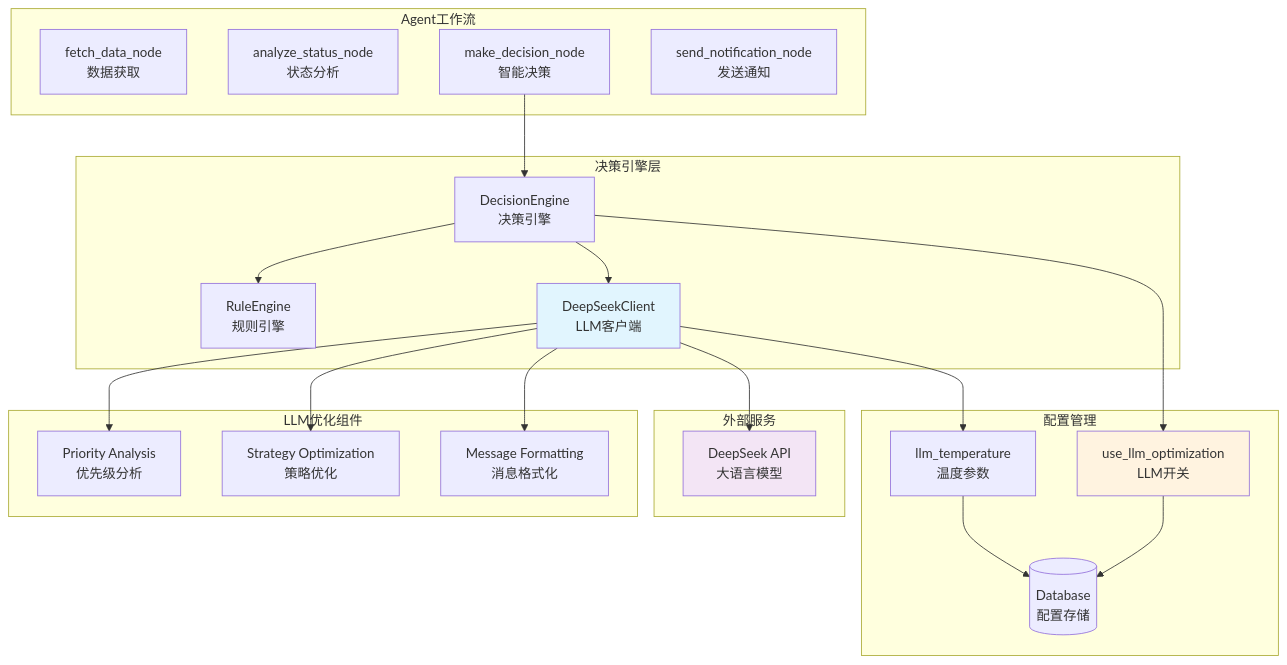
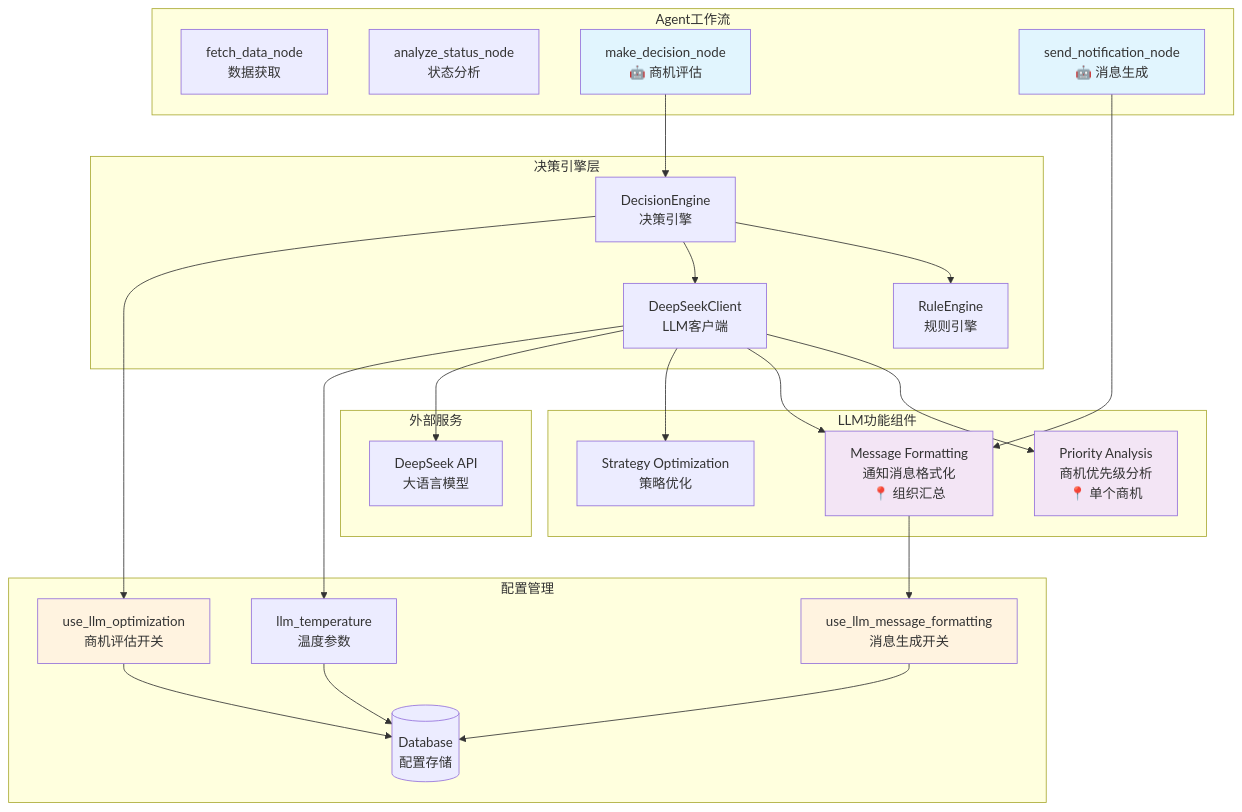
Before and after one commit to franksunye/FSOpsAssistant: the first of 5 diagrams in docs/14_LLM_OPTIMIZATION_DESIGN.md, drawn with Mermaid. The commit also changed other lines of this file and 2 other files, not shown here.

````diff
--- a/docs/14_LLM_OPTIMIZATION_DESIGN.md
+++ b/docs/14_LLM_OPTIMIZATION_DESIGN.md
@@ -38,48 +108,55 @@
 ```mermaid
 graph TB
     subgraph "Agent工作流"
         FD[fetch_data_node<br/>数据获取]
         AS[analyze_status_node<br/>状态分析]
-        MD[make_decision_node<br/>智能决策]
-        SN[send_notification_node<br/>发送通知]
+        MD[make_decision_node<br/>🤖 商机评估]
+        SN[send_notification_node<br/>🤖 消息生成]
     end
-    
+
     subgraph "决策引擎层"
         DE[DecisionEngine<br/>决策引擎]
         RE[RuleEngine<br/>规则引擎]
         LLM[DeepSeekClient<br/>LLM客户端]
     end
-    
-    subgraph "LLM优化组件"
-        PA[Priority Analysis<br/>优先级分析]
+
+    subgraph "LLM功能组件"
+        PA[Priority Analysis<br/>商机优先级分析<br/>📍 单个商机]
+        MF[Message Formatting<br/>通知消息格式化<br/>📍 组织汇总]
         SO[Strategy Optimization<br/>策略优化]
-        MF[Message Formatting<br/>消息格式化]
     end
-    
+
     subgraph "配置管理"
         DB[(Database<br/>配置存储)]
-        CFG[use_llm_optimization<br/>LLM开关]
+        CFG1[use_llm_optimization<br/>商机评估开关]
+        CFG2[use_llm_message_formatting<br/>消息生成开关]
         TEMP[llm_temperature<br/>温度参数]
     end
-    
+
     subgraph "外部服务"
         DS[DeepSeek API<br/>大语言模型]
     end
-    
+
     MD --> DE
     DE --> RE
     DE --> LLM
+    SN --> MF
     LLM --> PA
+    LLM --> MF
     LLM --> SO
-    LLM --> MF
     LLM --> DS
-    
-    DE --> CFG
+
+    DE --> CFG1
+    MF --> CFG2
     LLM --> TEMP
-    CFG --> DB
+    CFG1 --> DB
+    CFG2 --> DB
     TEMP --> DB
-    
-    style LLM fill:#e1f5fe
-    style DS fill:#f3e5f5
-    style CFG fill:#fff3e0
+
+    style MD fill:#e1f5fe
+    style SN fill:#e1f5fe
+    style PA fill:#f3e5f5
+    style MF fill:#f3e5f5
+    style CFG1 fill:#fff3e0
+    style CFG2 fill:#fff3e0
 ```
````
